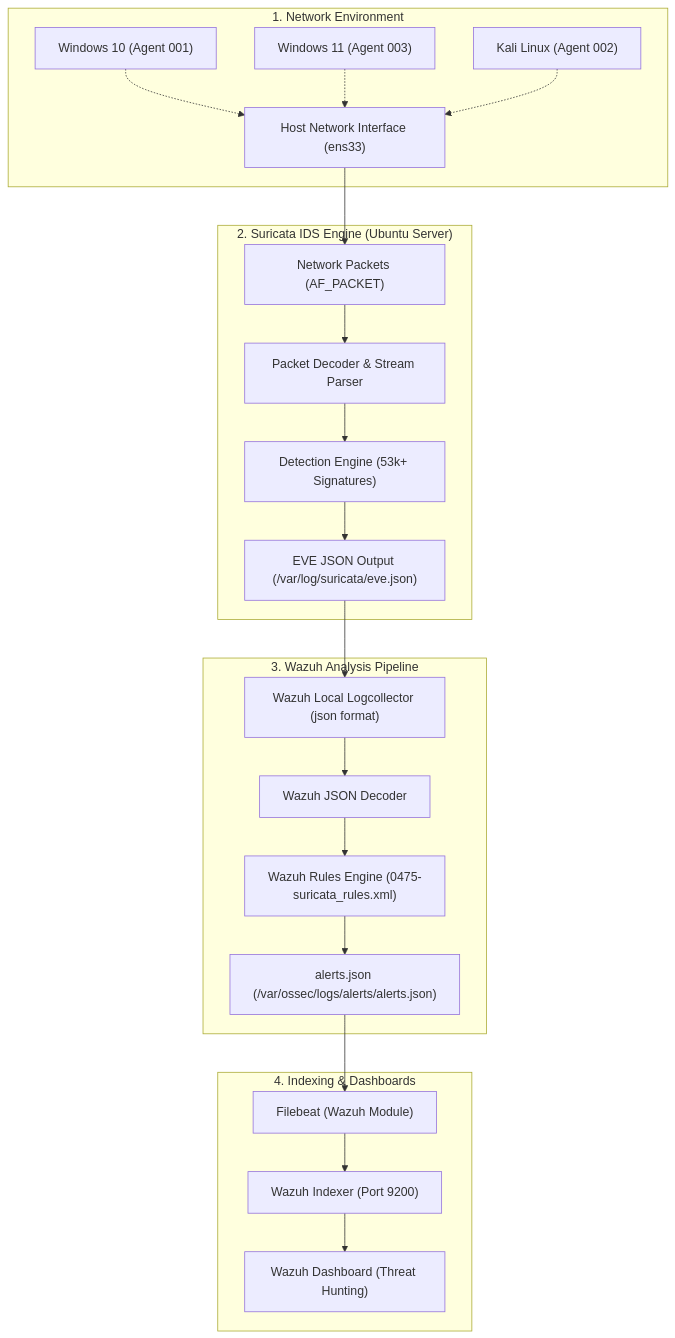
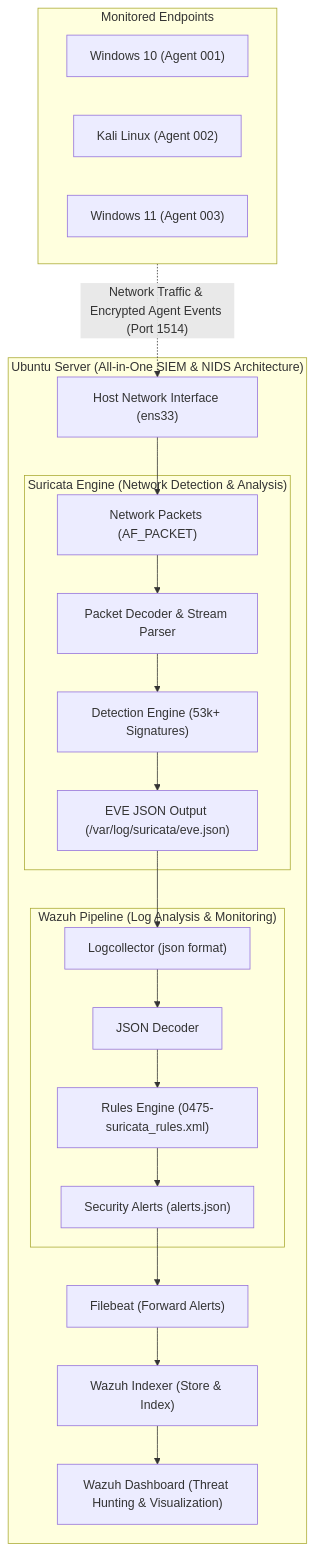
One commit to shii9/Wazuh_Suricata_IDS_Lab changed the diagram in README.md. Above: the diagram before and after it, drawn with Mermaid. The commit also changed other lines of this file and 1 other file, not shown here.

Commit message:
docs: enclose Suricata and Wazuh inside Ubuntu Server in mermaid and sanitize hostname and IPs

````diff
--- a/README.md
+++ b/README.md
@@ -85,33 +85,36 @@
 ```mermaid
-flowchart TD
-    subgraph MonitoredNetwork["1. Network Environment"]
+flowchart TB
+    subgraph MonitoredNetwork["Monitored Endpoints"]
         W10["Windows 10 (Agent 001)"]
+        KALI["Kali Linux (Agent 002)"]
         W11["Windows 11 (Agent 003)"]
-        KALI["Kali Linux (Agent 002)"]
-        NIC["Host Network Interface (ens33)"]
-        W10 -.-> NIC
-        W11 -.-> NIC
-        KALI -.-> NIC
     end
 
-    subgraph SuricataPipeline["2. Suricata IDS Engine (Ubuntu Server)"]
-        PKT["Network Packets (AF_PACKET)"] --> DEC["Packet Decoder & Stream Parser"]
-        DEC --> DET["Detection Engine (53k+ Signatures)"]
-        DET --> EVE["EVE JSON Output (/var/log/suricata/eve.json)"]
+    subgraph UbuntuServer["Ubuntu Server (All-in-One SIEM & NIDS Architecture)"]
+        NIC["Host Network Interface (ens33)"]
+
+        subgraph SuricataPipeline["Suricata Engine (Network Detection & Analysis)"]
+            PKT["Network Packets (AF_PACKET)"] --> DEC["Packet Decoder & Stream Parser"]
+            DEC --> DET["Detection Engine (53k+ Signatures)"]
+            DET --> EVE["EVE JSON Output (/var/log/suricata/eve.json)"]
+        end
+
+        subgraph WazuhPipeline["Wazuh Pipeline (Log Analysis & Monitoring)"]
+            LCOL["Logcollector (json format)"] --> JDEC["JSON Decoder"]
+            JDEC --> RENG["Rules Engine (0475-suricata_rules.xml)"]
+            RENG --> ALERTS["Security Alerts (alerts.json)"]
+        end
+
+        FB["Filebeat (Forward Alerts)"]
+        IDX["Wazuh Indexer (Store & Index)"]
+        DASH["Wazuh Dashboard (Threat Hunting & Visualization)"]
+
+        NIC --> PKT
+        EVE --> LCOL
+        ALERTS --> FB
+        FB --> IDX
+        IDX --> DASH
     end
 
-    subgraph WazuhPipeline["3. Wazuh Analysis Pipeline"]
-        EVE --> LCOL["Wazuh Local Logcollector (json format)"]
-        LCOL --> JDEC["Wazuh JSON Decoder"]
-        JDEC --> RENG["Wazuh Rules Engine (0475-suricata_rules.xml)"]
-        RENG --> ALERTS["alerts.json (/var/ossec/logs/alerts/alerts.json)"]
-    end
-
-    subgraph StorageVisualization["4. Indexing & Dashboards"]
-        ALERTS --> FB["Filebeat (Wazuh Module)"]
-        FB --> IDX["Wazuh Indexer (Port 9200)"]
-        IDX --> DASH["Wazuh Dashboard (Threat Hunting)"]
-    end
-
-    NIC --> PKT
+    MonitoredNetwork -. Network Traffic & Encrypted Agent Events (Port 1514) .-> NIC
 ```
````
